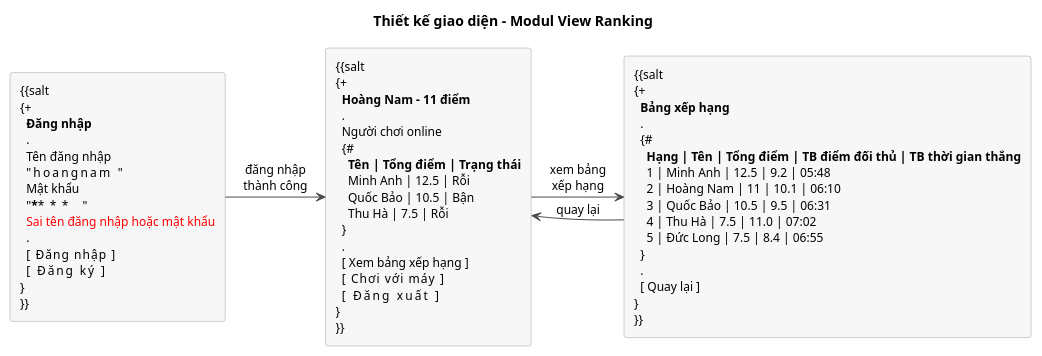
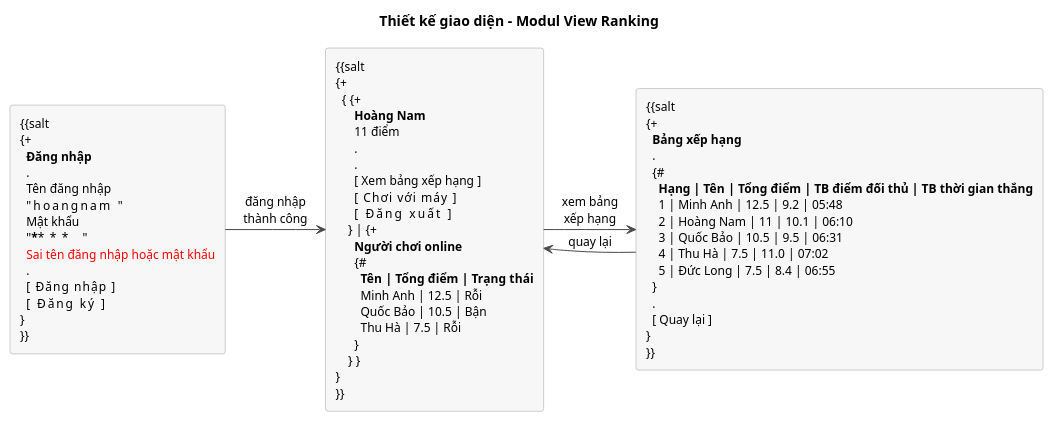
The diagram in docs/uml/pha3/ui-m1.puml (VattenL/mobile-pikachu), drawn with PlantUML before and after one commit. The commit also changed 23 other files, not shown here.

```diff
--- a/docs/uml/pha3/ui-m1.puml
+++ b/docs/uml/pha3/ui-m1.puml
@@ -1,71 +1,75 @@
 @startuml ui-m1
 title Thiết kế giao diện - Modul View Ranking
 
 skinparam shadowing false
 skinparam defaultFontSize 12
 skinparam ArrowColor #4A4A4A
 skinparam rectangle {
   BackgroundColor #F7F7F7
   BorderColor #9E9E9E
 }
 
 rectangle Login [
 {{salt
 {+
   <b>Đăng nhập
   .
   Tên đăng nhập
   "hoangnam        "
   Mật khẩu
   "********        "
   <color:red>Sai tên đăng nhập hoặc mật khẩu
   .
   [   Đăng nhập   ]
   [    Đăng ký    ]
 }
 }}
 ]
 
 rectangle Main [
 {{salt
 {+
-  <b>Hoàng Nam - 11 điểm
-  .
-  Người chơi online
-  {#
-    <b>Tên | <b>Tổng điểm | <b>Trạng thái
-    Minh Anh | 12.5 | Rỗi
-    Quốc Bảo | 10.5 | Bận
-    Thu Hà | 7.5 | Rỗi
-  }
-  .
-  [ Xem bảng xếp hạng ]
-  [   Chơi với máy    ]
-  [     Đăng xuất     ]
+  { {+
+      <b>Hoàng Nam
+      11 điểm
+      .
+      .
+      [ Xem bảng xếp hạng ]
+      [   Chơi với máy    ]
+      [     Đăng xuất     ]
+    } | {+
+      <b>Người chơi online
+      {#
+        <b>Tên | <b>Tổng điểm | <b>Trạng thái
+        Minh Anh | 12.5 | Rỗi
+        Quốc Bảo | 10.5 | Bận
+        Thu Hà | 7.5 | Rỗi
+      }
+    } }
 }
 }}
 ]
 
 rectangle Ranking [
 {{salt
 {+
   <b>Bảng xếp hạng
   .
   {#
     <b>Hạng | <b>Tên | <b>Tổng điểm | <b>TB điểm đối thủ | <b>TB thời gian thắng
     1 | Minh Anh | 12.5 | 9.2 | 05:48
     2 | Hoàng Nam | 11 | 10.1 | 06:10
     3 | Quốc Bảo | 10.5 | 9.5 | 06:31
     4 | Thu Hà | 7.5 | 11.0 | 07:02
     5 | Đức Long | 7.5 | 8.4 | 06:55
   }
   .
   [ Quay lại ]
 }
 }}
 ]
 
 Login -right-> Main : đăng nhập\nthành công
 Main -right-> Ranking : xem bảng\nxếp hạng
 Ranking -left-> Main : quay lại
 @enduml
```
